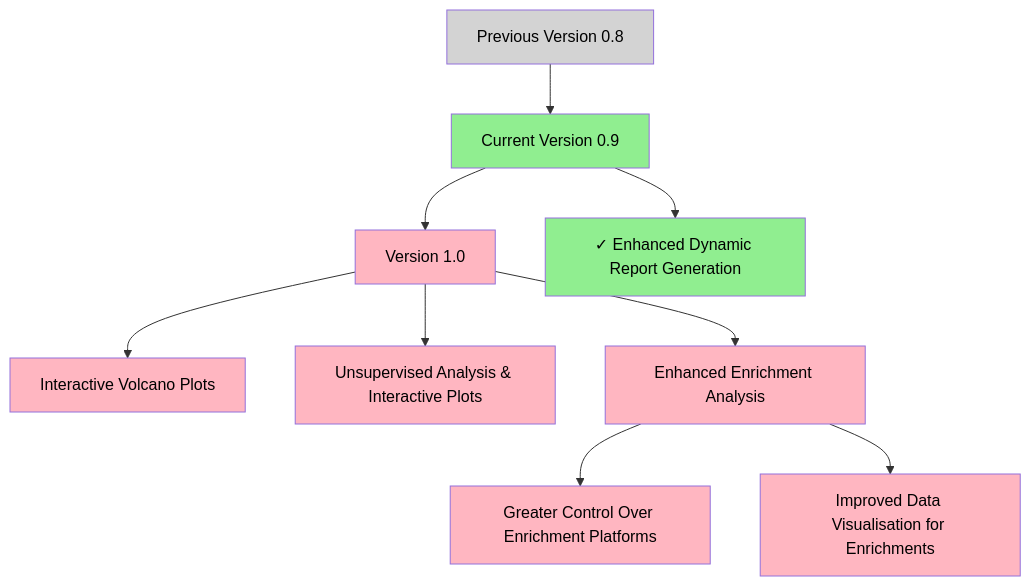
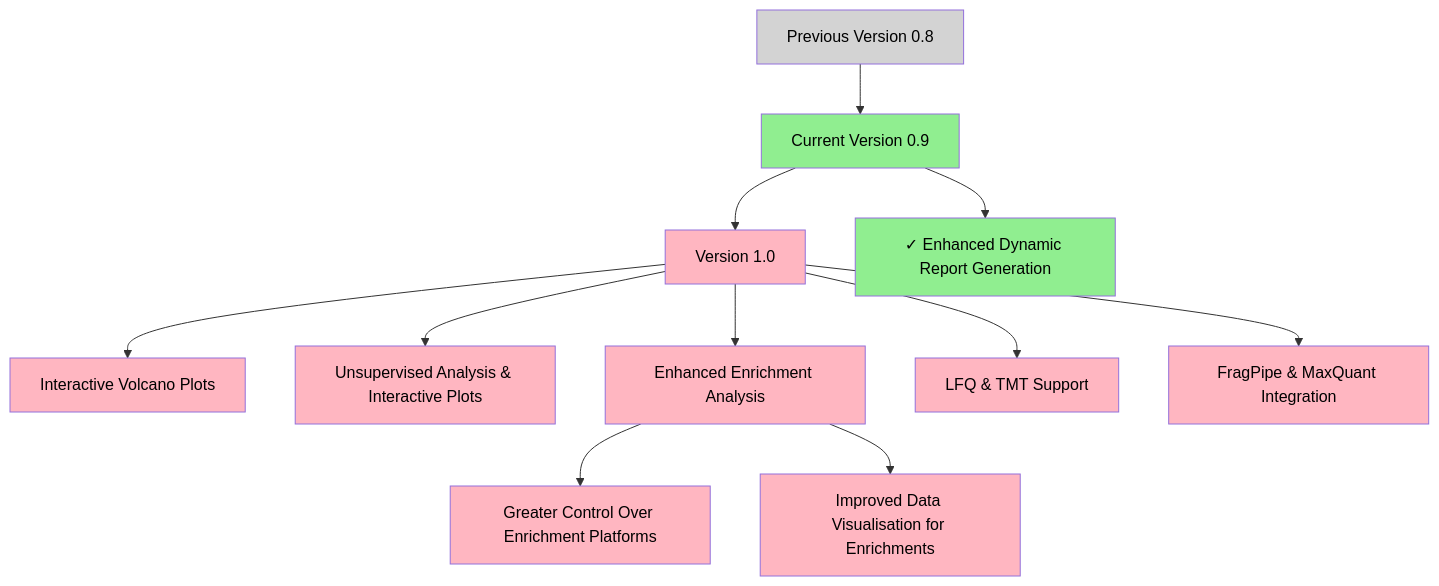
The diagram in README.md (APAF-bioinformatics/ProteomeScholaR), drawn with Mermaid before and after one commit. The commit also changed other lines of this file, not shown here.

Commit message:
roadmap updates again

````diff
--- a/README.md
+++ b/README.md
@@ -83,20 +83,24 @@
 ```mermaid
 graph TD
 A[Previous Version 0.8] --> B[Current Version 0.9]
 B --> C[Version 1.0]
 B --> E[✓ Enhanced Dynamic Report Generation]
 C --> D[Interactive Volcano Plots]
 C --> F[Unsupervised Analysis & Interactive Plots]
 C --> G[Enhanced Enrichment Analysis]
+C --> J[LFQ & TMT Support]
+C --> K[FragPipe & MaxQuant Integration]
 G --> H[Greater Control Over Enrichment Platforms]
 G --> I[Improved Data Visualisation for Enrichments]
 style A fill:#D3D3D3,color:#000000
 style B fill:#90EE90,color:#000000
 style C fill:#FFB6C1,color:#000000
 style D fill:#FFB6C1,color:#000000
 style E fill:#90EE90,color:#000000
 style F fill:#FFB6C1,color:#000000
 style G fill:#FFB6C1,color:#000000
 style H fill:#FFB6C1,color:#000000
 style I fill:#FFB6C1,color:#000000
+style J fill:#FFB6C1,color:#000000
+style K fill:#FFB6C1,color:#000000
 ```
````
